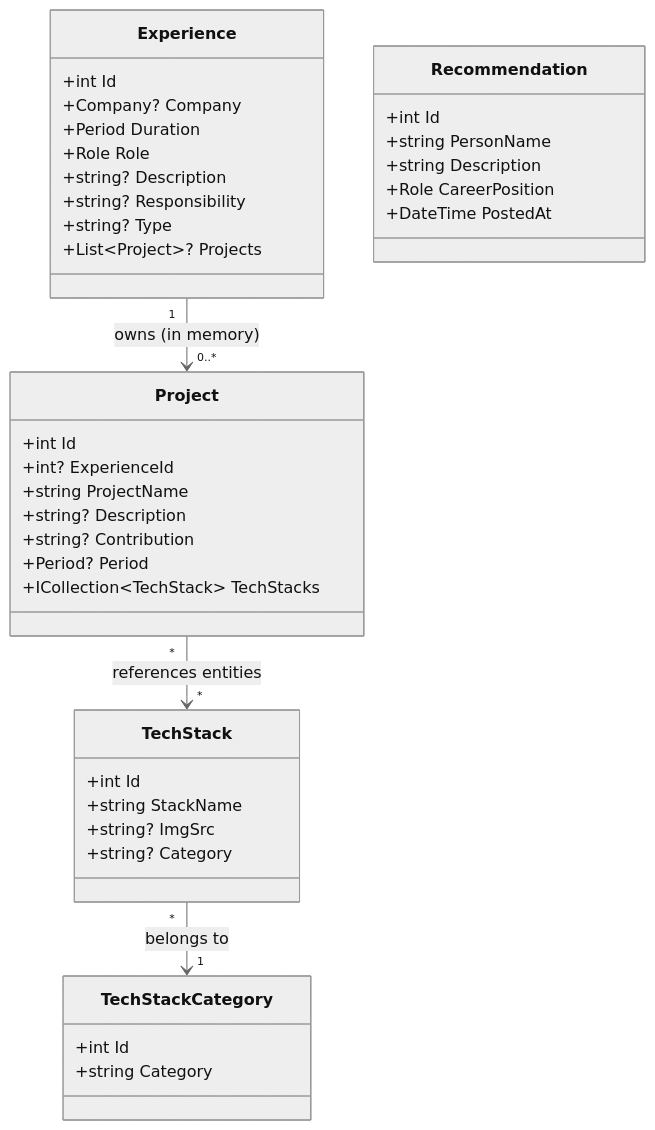
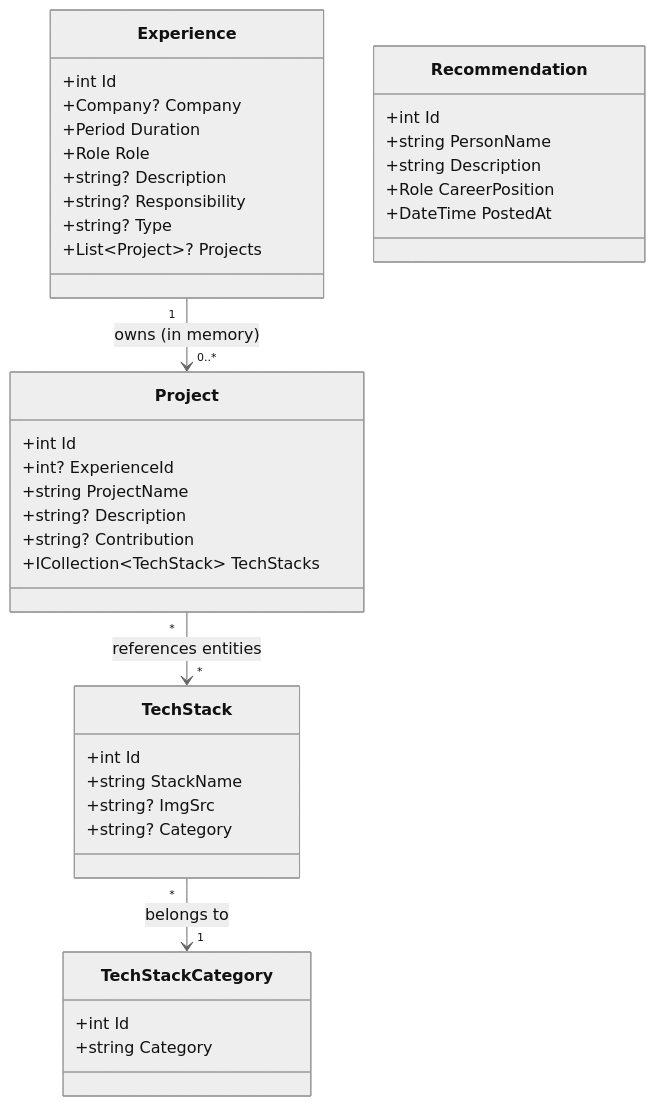
The diagram in .github/docs/domain-model.md (jobearry/jg-core-backend), drawn with Mermaid (neutral theme) before and after one commit. The commit also changed other lines of this file and 19 other files, not shown here.

````diff
--- a/.github/docs/domain-model.md
+++ b/.github/docs/domain-model.md
@@ -33,43 +33,42 @@
 ```mermaid
 classDiagram
     class Experience {
         +int Id
         +Company? Company
         +Period Duration
         +Role Role
         +string? Description
         +string? Responsibility
         +string? Type
         +List~Project~? Projects
     }
     class Project {
         +int Id
         +int? ExperienceId
         +string ProjectName
         +string? Description
         +string? Contribution
-        +Period? Period
         +ICollection~TechStack~ TechStacks
     }
     class TechStack {
         +int Id
         +string StackName
         +string? ImgSrc
         +string? Category
     }
     class TechStackCategory {
         +int Id
         +string Category
     }
     class Recommendation {
         +int Id
         +string PersonName
         +string Description
         +Role CareerPosition
         +DateTime PostedAt
     }
 
     Experience "1" --> "0..*" Project : owns (in memory)
     Project "*" --> "*" TechStack : references entities
     TechStack "*" --> "1" TechStackCategory : belongs to
 ```
````
